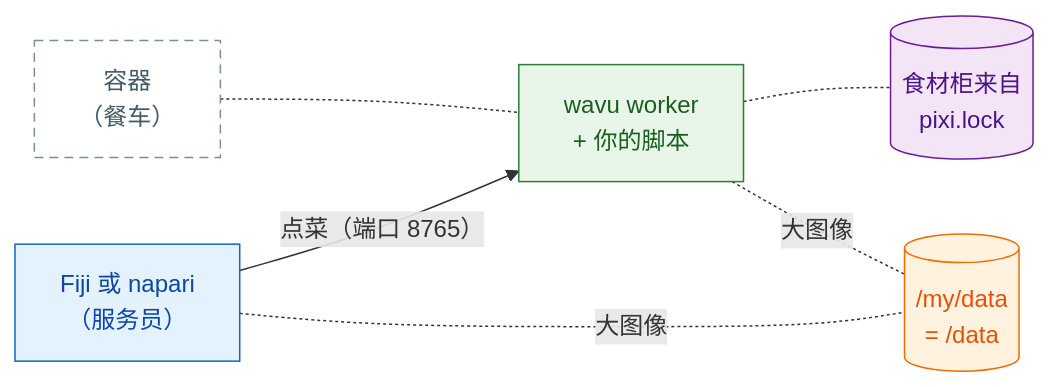
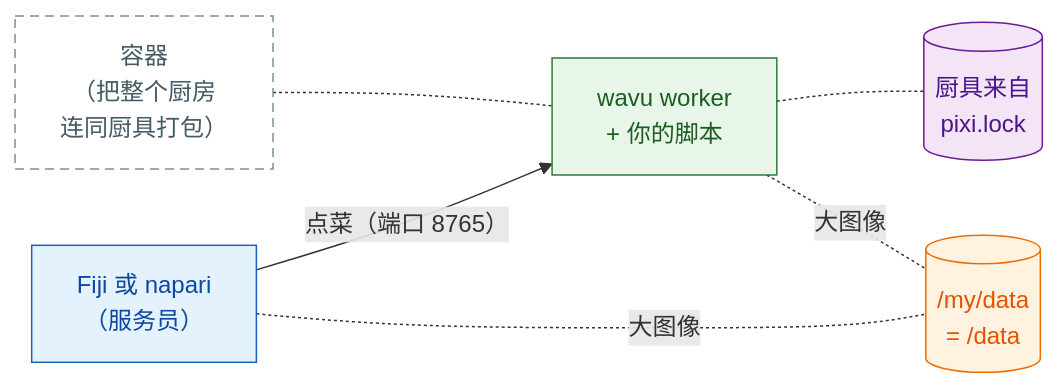
The diagram in guide/write/container.zh-Hans.md (Oxford-Zeiss-Centre-of-Excellence/Wavu), drawn with Mermaid before and after one commit. The commit also changed other lines of this file and 221 other files, not shown here.

````diff
--- a/guide/write/container.zh-Hans.md
+++ b/guide/write/container.zh-Hans.md
@@ -10,19 +11,19 @@
 ```mermaid
 flowchart LR
     V["Fiji 或 napari<br/>（服务员）"]:::fiji
-    T["容器<br/>（餐车）"]:::box
+    T["容器<br/>（把整个厨房<br/>连同厨具打包）"]:::box
     W["wavu worker<br/>+ 你的脚本"]:::worker
-    E[("食材柜来自<br/>pixi.lock")]:::env
+    E[("厨具来自<br/>pixi.lock")]:::env
     D[("/my/data<br/>= /data")]:::script
     V -- "点菜（端口 8765）" --> W
     T -.- W
     W -.- E
     V -.-|大图像| D
     W -.-|大图像| D
 
     classDef fiji   fill:#e3f2fd,stroke:#1565c0,color:#0d47a1
     classDef worker fill:#e8f5e9,stroke:#2e7d32,color:#1b5e20
     classDef script fill:#fff3e0,stroke:#ef6c00,color:#e65100
     classDef env    fill:#f3e5f5,stroke:#6a1b9a,color:#4a148c
     classDef box    fill:#ffffff,stroke:#78909c,stroke-dasharray: 6 4,color:#455a64
 ```
````
